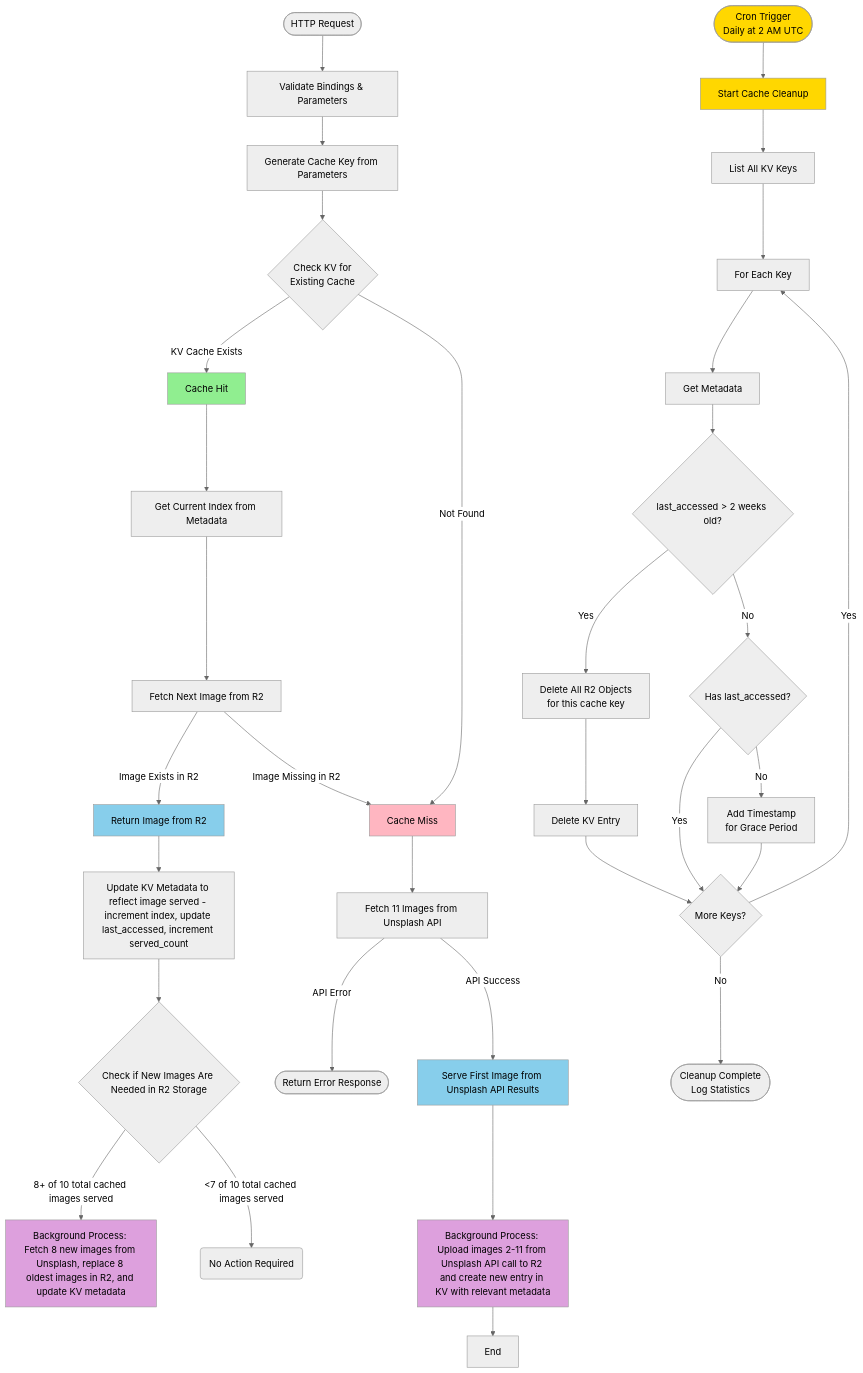
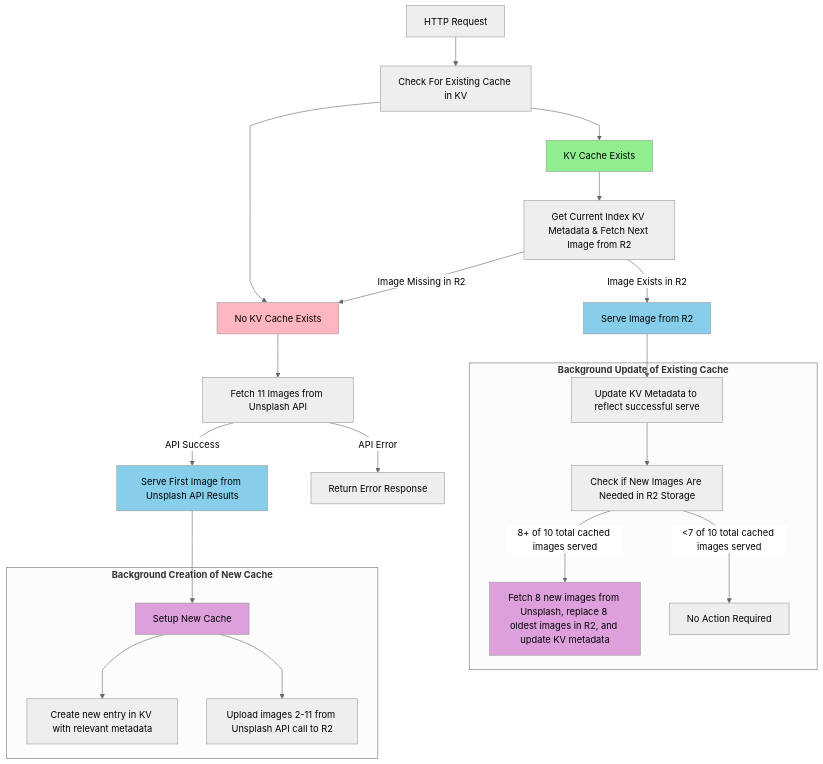
The first of 2 diagrams in CACHING_SYSTEM.md (connorshinn/unsplash-Backgrounds), drawn with Mermaid (neutral theme) before and after one commit. The commit also changed other lines of this file and 3 other files, not shown here.

````diff
--- a/CACHING_SYSTEM.md
+++ b/CACHING_SYSTEM.md
@@ -18,51 +18,37 @@
 ```mermaid
+%%{ init: { 'flowchart': { 'curve': 'monotoneX' } } }%%
+
 flowchart TD
-    Start([HTTP Request]) --> Validate[Validate Bindings & Parameters]
-    Validate --> GenKey[Generate Cache Key from Parameters]
-    GenKey --> CheckKV{Check KV for<br/>Existing Cache}
-    
+    Start[HTTP Request] --> CacheCheck[Check For Existing Cache in KV]
+    CacheCheck --> CacheHit[KV Cache Exists]
+    CacheCheck --> CacheMiss[No KV Cache Exists]
+
     %% Cache Hit Path
-    CheckKV -->|KV Cache Exists| CacheHit[Cache Hit]
-    CacheHit --> GetIndex[Get Current Index from Metadata]
-    GetIndex --> FetchR2[Fetch Next Image from R2]
-    FetchR2 -->|Image Exists in R2| ServeImage[Return Image from R2]
+    CacheHit --> FetchR2[Get Current Index KV Metadata & Fetch Next Image from R2]
+    FetchR2 -->|Image Exists in R2| ServeImage[Serve Image from R2]
     FetchR2 -->|Image Missing in R2| CacheMiss
-    ServeImage --> UpdateMeta[Update KV Metadata to reflect image served - increment index, update last_accessed, increment served_count]
-    UpdateMeta --> CheckRefresh{Check if New Images Are Needed in R2 Storage}
-    CheckRefresh -->|8+ of 10 total cached images served| RefreshCache[Background Process: <br/>Fetch 8 new images from Unsplash, replace 8 oldest images in R2, and update KV metadata]
-    CheckRefresh -->|<7 of 10 total cached images served| NoActionRequired(No Action Required)
+    ServeImage --> UpdateMeta[Update KV Metadata to reflect successful serve]
+    subgraph "`**Background Update of Existing Cache**`"
+    UpdateMeta --> CheckRefresh[Check if New Images Are Needed in R2 Storage]
+    CheckRefresh -->|8+ of 10 total cached images served| RefreshCache[Fetch 8 new images from Unsplash, replace 8 oldest images in R2, and update KV metadata]
+    CheckRefresh -->|<7 of 10 total cached images served| NoActionRequired[No Action Required]
+    end
 
     
     %% Cache Miss Path
-    CheckKV -->|Not Found| CacheMiss[Cache Miss]
     CacheMiss --> FetchUnsplash[Fetch 11 Images from Unsplash API]
-    FetchUnsplash -->|API Error| ErrorResponse([Return Error Response])
+    FetchUnsplash -->|API Error| ErrorResponse[Return Error Response]
     FetchUnsplash -->|API Success| ServeFirst[Serve First Image from Unsplash API Results]
-    ServeFirst --> PopulateCache[Background Process: <br/>Upload images 2-11 from Unsplash API call to R2 and create new entry in KV with relevant metadata]
-    PopulateCache --> End
-    
-    %% Scheduled Cleanup
-    CronTrigger([Cron Trigger<br/>Daily at 2 AM UTC]) --> StartCleanup[Start Cache Cleanup]
-    StartCleanup --> ListKeys[List All KV Keys]
-    ListKeys --> IterateKeys[For Each Key]
-    IterateKeys --> GetMeta[Get Metadata]
-    GetMeta --> CheckAge{last_accessed > 2 weeks old?}
-    CheckAge -->|Yes| DeleteR2[Delete All R2 Objects<br/>for this cache key]
-    DeleteR2 --> DeleteKV[Delete KV Entry]
-    DeleteKV --> NextKey{More Keys?}
-    CheckAge -->|No| HasTimestamp{Has last_accessed?}
-    HasTimestamp -->|No| AddTimestamp[Add Timestamp<br/>for Grace Period]
-    HasTimestamp -->|Yes| NextKey
-    AddTimestamp --> NextKey
-    NextKey -->|Yes| IterateKeys
-    NextKey -->|No| CleanupEnd([Cleanup Complete<br/>Log Statistics])
-    
+    ServeFirst --> GenerateNewCache[Setup New Cache] 
+    subgraph "`**Background Creation of New Cache**`"
+    GenerateNewCache --> PopulateNewKVCache[Create new entry in KV with relevant metadata]
+    GenerateNewCache --> PopulateR2[Upload images 2-11 from Unsplash API call to R2]
+    end
+
     style CacheHit fill:#90EE90,color:#000000
-    style CacheMiss fill:#FFB6C1
-    style ServeImage fill:#87CEEB
-    style ServeFirst fill:#87CEEB
-    style RefreshCache fill:#DDA0DD
-    style PopulateCache fill:#DDA0DD
-    style CronTrigger fill:#FFD700
-    style StartCleanup fill:#FFD700
+    style CacheMiss fill:#FFB6C1,color:#000000
+    style ServeImage fill:#87CEEB,color:#000000
+    style ServeFirst fill:#87CEEB,color:#000000
+    style RefreshCache fill:#DDA0DD,color:#000000
+    style GenerateNewCache fill:#DDA0DD,color:#000000  
 ```
````
